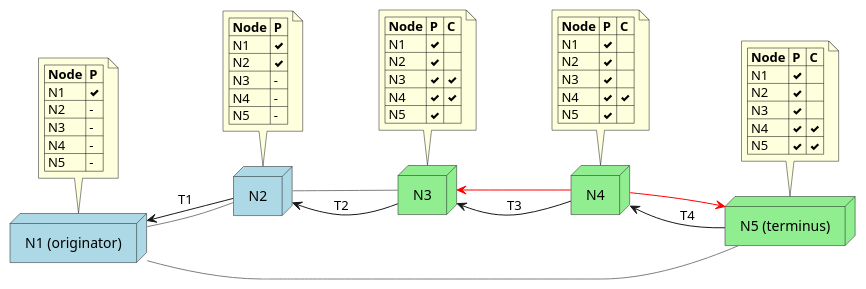
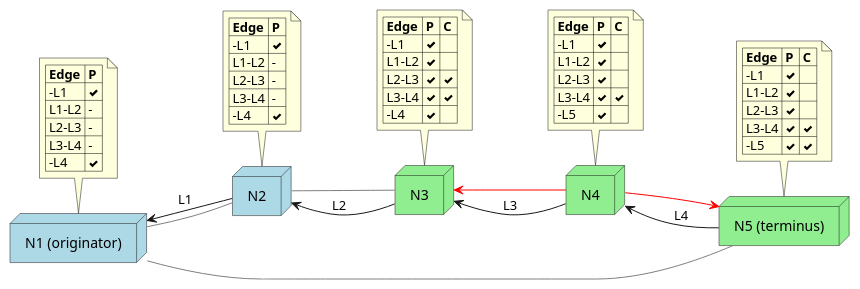
One commit to gotchoices/ChipNet changed the diagram in doc/figures/commit-next.puml. Above: the diagram before and after it, drawn with PlantUML. The commit also changed 40 other files, not shown here.

```diff
--- a/doc/figures/commit-next.puml
+++ b/doc/figures/commit-next.puml
@@ -1,65 +1,65 @@
 @startuml
 left to right direction
 
 node "N1 (originator)" as N1 #LightBlue
 node N2 #LightBlue
 node N3 #LightGreen
 node N4 #LightGreen
 node "N5 (terminus)" as N5 #LightGreen
 
 N2 -[#Gray]- N1
-N1 <-- N2 : T1
-N2 <-- N3 : T2
+N1 <-- N2 : L1
+N2 <-- N3 : L2
 N3 -[#Gray]- N2
-N3 <-- N4 : T3
+N3 <-- N4 : L3
 N4 -[#Red]-> N3
-N4 <-- N5 : T4
+N4 <-- N5 : L4
 N5 <-[#Red]- N4
 N1 -[#Gray]- N5
 
 note top of N1
-    |= Node |= P |
-    | N1 | <&check> |
-    | N2 | - |
-    | N3 | - |
-    | N4 | - |
-    | N5 | - |
+    |= Edge |= P |
+    | -L1 | <&check> |
+    | L1-L2 | - |
+    | L2-L3 | - |
+    | L3-L4 | - |
+    | -L4 | <&check> |
 end note
 
 note top of N2
-    |= Node |= P |
-    | N1 | <&check> |
-    | N2 | <&check> |
-    | N3 | - |
-    | N4 | - |
-    | N5 | - |
+    |= Edge |= P |
+    | -L1 | <&check> |
+    | L1-L2 | - |
+    | L2-L3 | - |
+    | L3-L4 | - |
+    | -L4 | <&check> |
 end note
 
 note top of N3
-    |= Node |= P |= C |
-    | N1 | <&check> |
-    | N2 | <&check> |
-    | N3 | <&check> | <&check> |
-    | N4 | <&check> | <&check> |
-    | N5 | <&check> |
+    |= Edge |= P |= C |
+    | -L1 | <&check> |
+    | L1-L2 | <&check> |
+    | L2-L3 | <&check> | <&check> |
+    | L3-L4 | <&check> | <&check> |
+    | -L4 | <&check> |
+end note
+
+note top of N4
+    |= Edge |= P |= C |
+    | -L1 | <&check> |
+    | L1-L2 | <&check> |
+    | L2-L3 | <&check> |
+    | L3-L4 | <&check> | <&check> |
+    | -L5 | <&check> |
 end note
 
 note top of N5
-    |= Node |= P |= C |
-    | N1 | <&check> |
-    | N2 | <&check> |
-    | N3 | <&check> |
-    | N4 | <&check> | <&check> |
-    | N5 | <&check> | <&check> |
-end note
-
-note top of N4
-    |= Node |= P |= C |
-    | N1 | <&check> |
-    | N2 | <&check> |
-    | N3 | <&check> |
-    | N4 | <&check> | <&check> |
-    | N5 | <&check> |
+    |= Edge |= P |= C |
+    | -L1 | <&check> |
+    | L1-L2 | <&check> |
+    | L2-L3 | <&check> |
+    | L3-L4 | <&check> | <&check> |
+    | -L5 | <&check> | <&check> |
 end note
 
 @enduml
```
